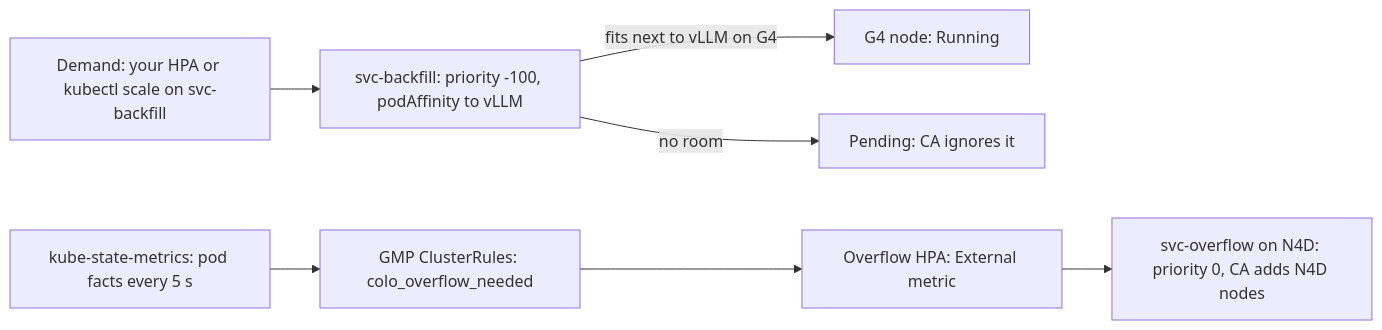
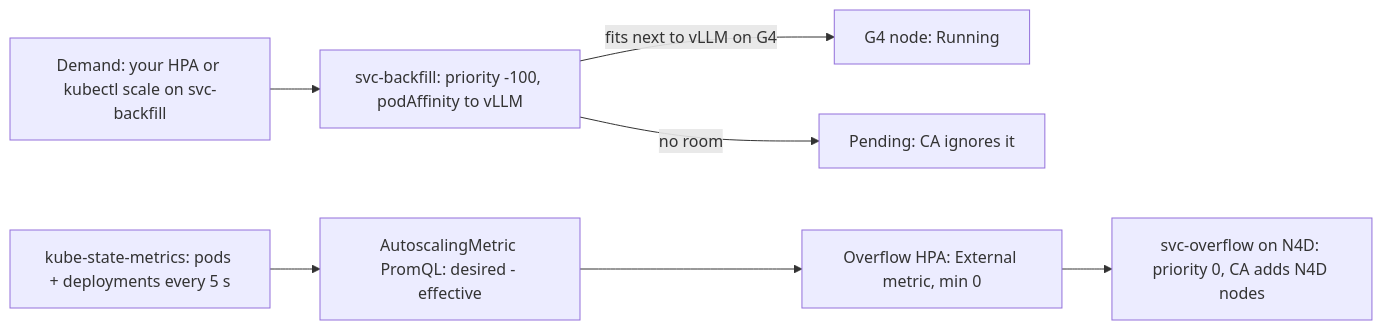
The first of 6 diagrams in g4_colo/recipe-native/README.md (jawadaminGOOG/v6e-v-a100-recipe), drawn with Mermaid before and after one commit. The commit also changed other lines of this file, not shown here.

Commit message:
recipe-native README: scenario flow diagrams (GPU/CPU scale-out and scale-in)

````diff
--- a/g4_colo/recipe-native/README.md
+++ b/g4_colo/recipe-native/README.md
@@ -9,9 +9,9 @@
 ```mermaid
 flowchart LR
   D["Demand: your HPA or kubectl scale on svc-backfill"] --> BF["svc-backfill: priority -100, podAffinity to vLLM"]
   BF -- "fits next to vLLM on G4" --> G4["G4 node: Running"]
   BF -- "no room" --> PEND["Pending: CA ignores it"]
-  KSM["kube-state-metrics: pod facts every 5 s"] --> R["GMP ClusterRules: colo_overflow_needed"]
-  R --> HPA["Overflow HPA: External metric"]
+  KSM["kube-state-metrics: pods + deployments every 5 s"] --> R["AutoscalingMetric PromQL: desired - effective"]
+  R --> HPA["Overflow HPA: External metric, min 0"]
   HPA --> OF["svc-overflow on N4D: priority 0, CA adds N4D nodes"]
 ```
````
